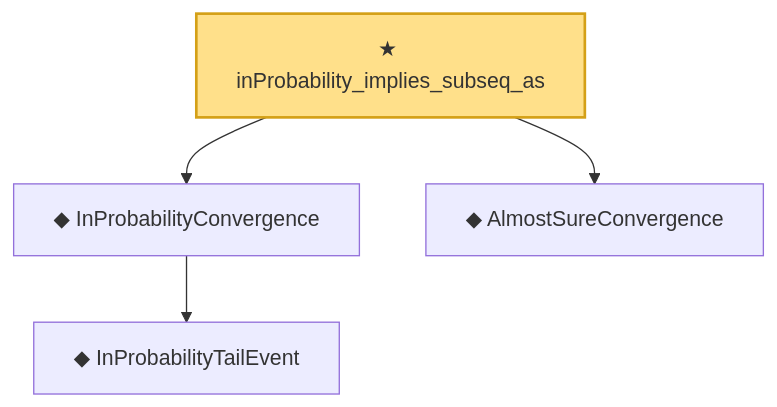
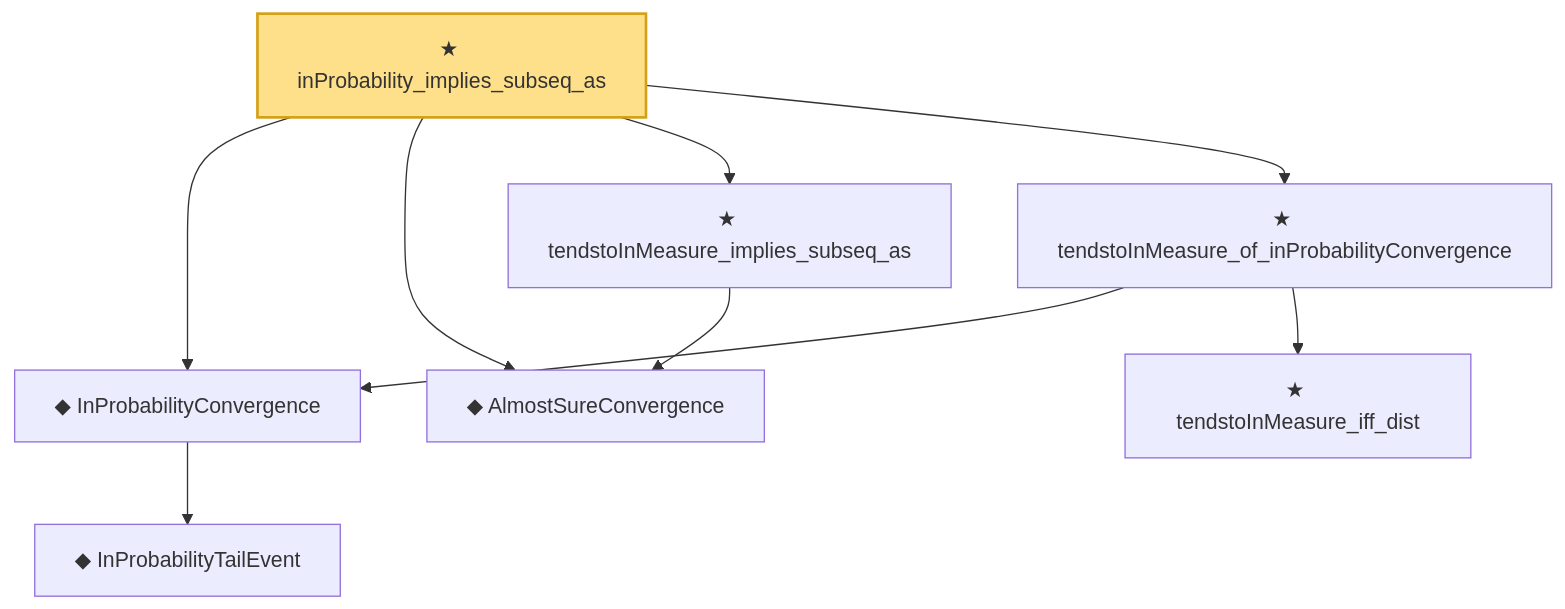
Before and after one commit to statopia/statlib-site: the diagram in public/narratives/StatFoundation/inProbability_implies_subseq_as.md, drawn with Mermaid. The commit also changed other lines of this file and 940 other files, not shown here.

Commit message:
docs: refresh featured dependency graphs

````diff
--- a/public/narratives/StatFoundation/inProbability_implies_subseq_as.md
+++ b/public/narratives/StatFoundation/inProbability_implies_subseq_as.md
@@ -15,13 +18,21 @@
 ```mermaid
 flowchart TD
   n0["◆ InProbabilityTailEvent"]
   n1["◆ InProbabilityConvergence"]
   n2["◆ AlmostSureConvergence"]
-  n3["★ inProbability_implies_subseq_as"]
+  n3["★ tendstoInMeasure_implies_subseq_as"]
+  n4["★ tendstoInMeasure_iff_dist"]
+  n5["★ tendstoInMeasure_of_inProbabilityConvergence"]
+  n6["★ inProbability_implies_subseq_as"]
   n1 --> n0
-  n3 --> n1
   n3 --> n2
-  class n3 headline;
+  n5 --> n1
+  n5 --> n4
+  n6 --> n1
+  n6 --> n2
+  n6 --> n3
+  n6 --> n5
+  class n6 headline;
   classDef headline fill:#ffe08a,stroke:#d4a017,stroke-width:2px;
   classDef axiomNode fill:#ffd0d0,stroke:#c0392b,stroke-dasharray:4 2;
 ```
````
